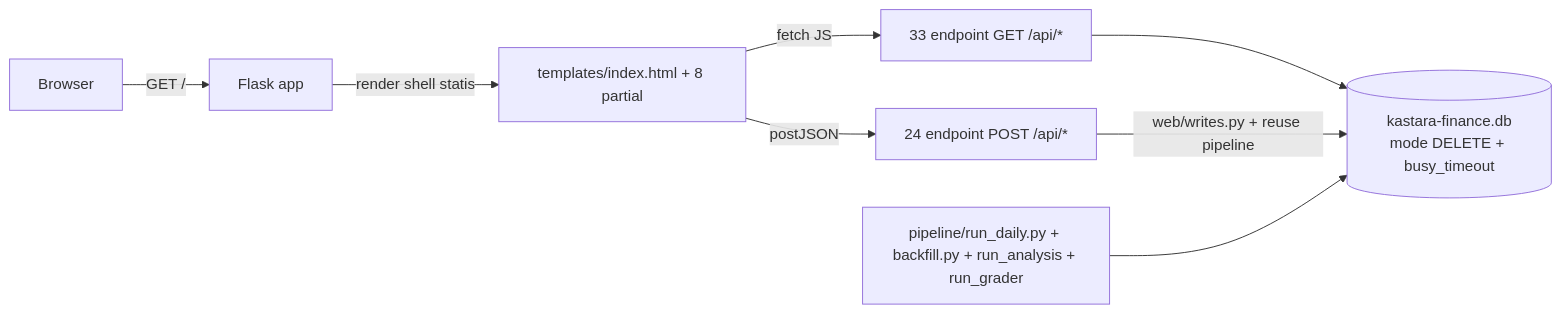
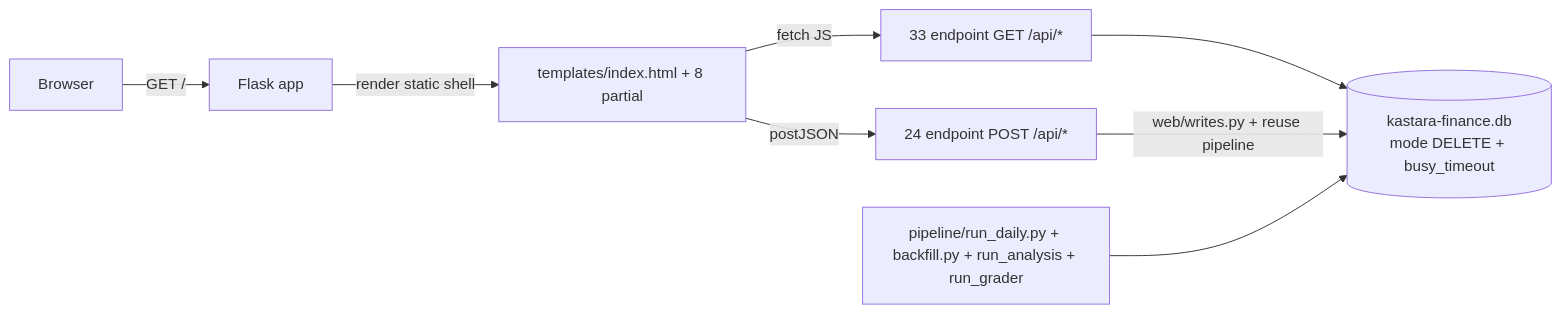
Before and after one commit to pworld/kastara-finance: the fourth of 5 diagrams in docs/FLOW.md, drawn with Mermaid. The commit also changed other lines of this file and 14 other files, not shown here.

````diff
--- a/docs/FLOW.md
+++ b/docs/FLOW.md
@@ -157,12 +157,12 @@
 ```mermaid
 flowchart LR
     Browser -->|GET /| Flask[Flask app]
-    Flask -->|render shell statis| HTML[templates/index.html + 8 partial]
+    Flask -->|render static shell| HTML[templates/index.html + 8 partial]
     HTML -->|fetch JS| GET[33 endpoint GET /api/*]
     HTML -->|postJSON| POST[24 endpoint POST /api/*]
 
     GET --> DB[(kastara-finance.db\nmode DELETE + busy_timeout)]
     POST -->|web/writes.py + reuse pipeline| DB
 
     Pipeline[pipeline/run_daily.py + backfill.py + run_analysis + run_grader] --> DB
 ```
````
